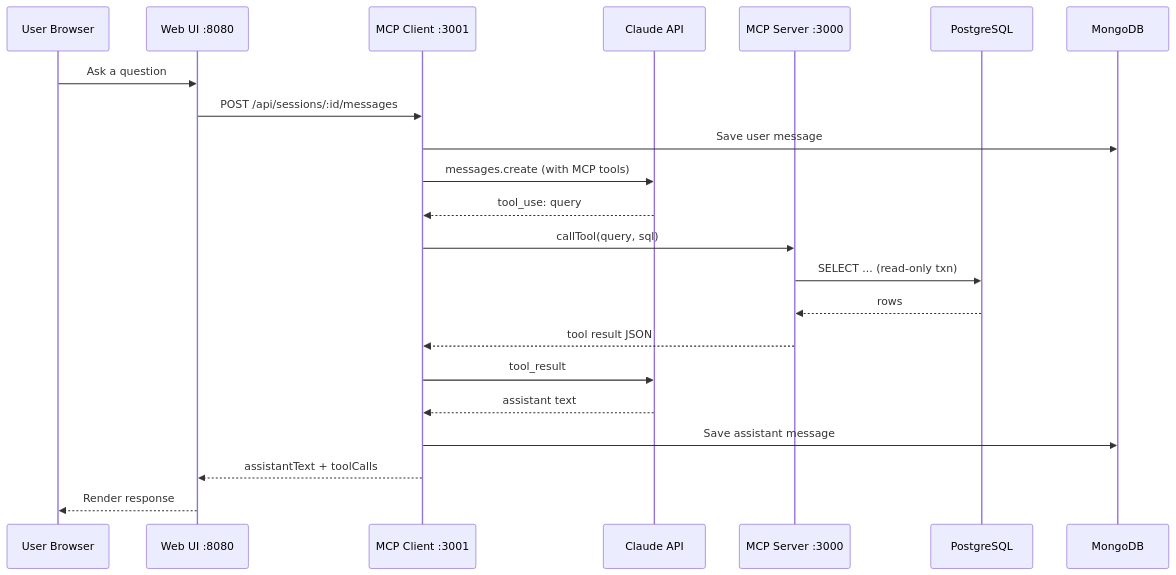
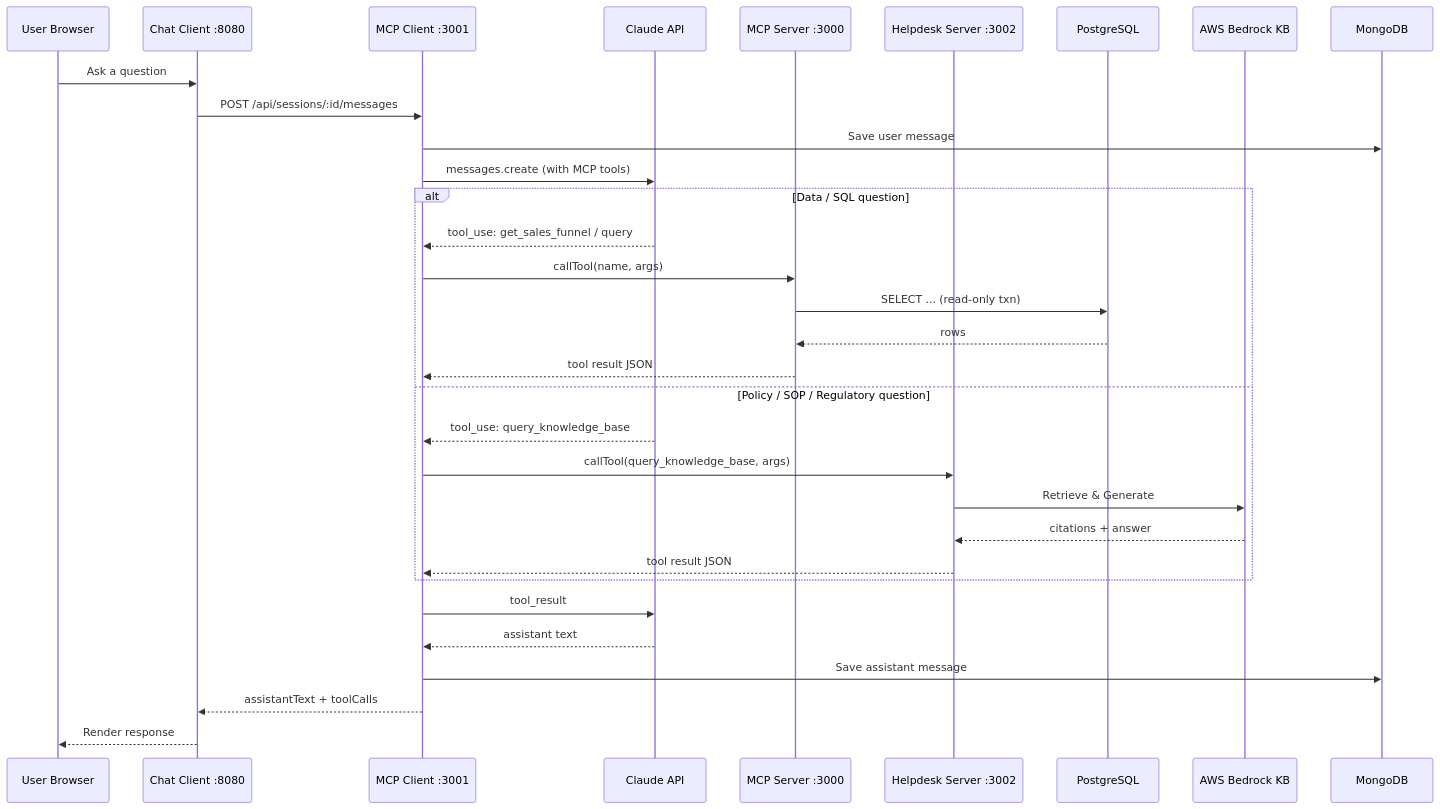
One commit to Isprava/lohono-db-connect changed the second of 5 diagrams in README.md. Above: the diagram before and after it, drawn with Mermaid. The commit also changed other lines of this file and 1 other file, not shown here.

````diff
--- a/README.md
+++ b/README.md
@@ -18,25 +20,37 @@
 ```mermaid
 sequenceDiagram
     participant U as User Browser
-    participant W as Web UI :8080
+    participant W as Chat Client :8080
     participant C as MCP Client :3001
     participant A as Claude API
     participant S as MCP Server :3000
+    participant H as Helpdesk Server :3002
     participant PG as PostgreSQL
+    participant KB as AWS Bedrock KB
     participant M as MongoDB
 
     U->>W: Ask a question
     W->>C: POST /api/sessions/:id/messages
     C->>M: Save user message
     C->>A: messages.create (with MCP tools)
-    A-->>C: tool_use: query
-    C->>S: callTool(query, sql)
-    S->>PG: SELECT ... (read-only txn)
-    PG-->>S: rows
-    S-->>C: tool result JSON
+
+    alt Data / SQL question
+        A-->>C: tool_use: get_sales_funnel / query
+        C->>S: callTool(name, args)
+        S->>PG: SELECT ... (read-only txn)
+        PG-->>S: rows
+        S-->>C: tool result JSON
+    else Policy / SOP / Regulatory question
+        A-->>C: tool_use: query_knowledge_base
+        C->>H: callTool(query_knowledge_base, args)
+        H->>KB: Retrieve & Generate
+        KB-->>H: citations + answer
+        H-->>C: tool result JSON
+    end
+
     C->>A: tool_result
     A-->>C: assistant text
     C->>M: Save assistant message
     C-->>W: assistantText + toolCalls
     W-->>U: Render response
 ```
````
